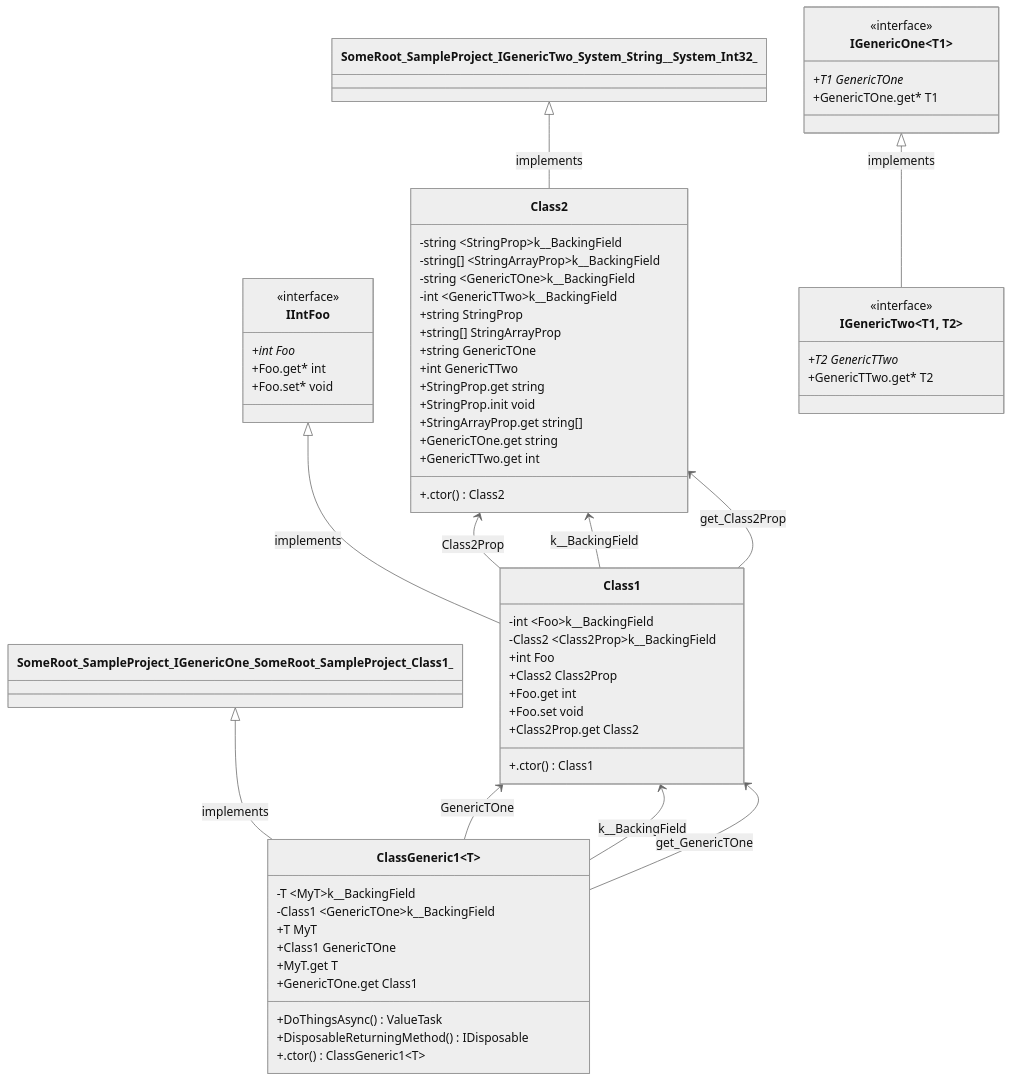
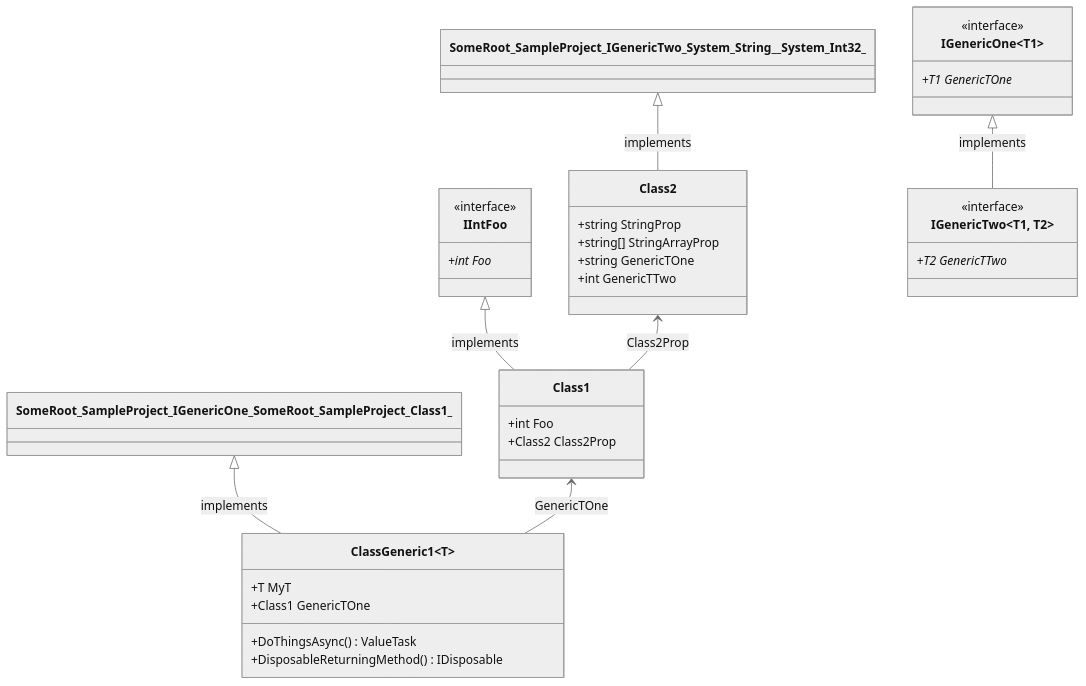
Before and after one commit to erichiller/gh-action-cs-metrics: the seventh of 7 diagrams in test/SampleProject/CODE_METRICS.md, drawn with Mermaid (neutral theme). The commit also changed other lines of this file and 1 other file, not shown here.

Commit message:
Use GetMembers(), filter where applicable

````diff
--- a/test/SampleProject/CODE_METRICS.md
+++ b/test/SampleProject/CODE_METRICS.md
@@ -364,76 +323,47 @@
 ```mermaid
 %%{init: {
     'fontFamily': 'monospace'
 } }%%
 classDiagram
 SomeRoot_SampleProject_IIntFoo <|-- SomeRoot_SampleProject_Class1 : implements
 SomeRoot_SampleProject_Class2 <-- SomeRoot_SampleProject_Class1 : Class2Prop
-SomeRoot_SampleProject_Class2 <-- SomeRoot_SampleProject_Class1 : <Class2Prop>k__BackingField
-SomeRoot_SampleProject_Class2 <-- SomeRoot_SampleProject_Class1 : get_Class2Prop
 class SomeRoot_SampleProject_Class1 ["Class1"] {
-    -int &lt;Foo&gt;k__BackingField
-    -Class2 &lt;Class2Prop&gt;k__BackingField
     +int Foo
     +Class2 Class2Prop
-    +Foo.get int
-    +Foo.set void
-    +Class2Prop.get Class2
-    +.ctor() Class1
 }
 
 SomeRoot_SampleProject_IGenericTwo_System_String__System_Int32_ <|-- SomeRoot_SampleProject_Class2 : implements
 class SomeRoot_SampleProject_Class2 ["Class2"] {
-    -string &lt;StringProp&gt;k__BackingField
-    -string[] &lt;StringArrayProp&gt;k__BackingField
-    -string &lt;GenericTOne&gt;k__BackingField
-    -int &lt;GenericTTwo&gt;k__BackingField
     +string StringProp
     +string[] StringArrayProp
     +string GenericTOne
     +int GenericTTwo
-    +StringProp.get string
-    +StringProp.init void
-    +StringArrayProp.get string[]
-    +GenericTOne.get string
-    +GenericTTwo.get int
-    +.ctor() Class2
 }
 
 SomeRoot_SampleProject_IGenericOne_SomeRoot_SampleProject_Class1_ <|-- SomeRoot_SampleProject_ClassGeneric1_T_ : implements
 SomeRoot_SampleProject_Class1 <-- SomeRoot_SampleProject_ClassGeneric1_T_ : GenericTOne
-SomeRoot_SampleProject_Class1 <-- SomeRoot_SampleProject_ClassGeneric1_T_ : <GenericTOne>k__BackingField
-SomeRoot_SampleProject_Class1 <-- SomeRoot_SampleProject_ClassGeneric1_T_ : get_GenericTOne
 class SomeRoot_SampleProject_ClassGeneric1_T_ ["ClassGeneric1&lt;T&gt;"] {
-    -T &lt;MyT&gt;k__BackingField
-    -Class1 &lt;GenericTOne&gt;k__BackingField
     +T MyT
     +Class1 GenericTOne
     +DoThingsAsync() ValueTask
     +DisposableReturningMethod() IDisposable
-    +MyT.get T
-    +GenericTOne.get Class1
-    +.ctor() ClassGeneric1&lt;T&gt;
 }
 
 class SomeRoot_SampleProject_IGenericOne_T1_ ["IGenericOne&lt;T1&gt;"] {
     <<interface>>
     +T1 GenericTOne*
-    +GenericTOne.get* T1
 }
 
 SomeRoot_SampleProject_IGenericOne_T1_ <|-- SomeRoot_SampleProject_IGenericTwo_T1__T2_ : implements
 class SomeRoot_SampleProject_IGenericTwo_T1__T2_ ["IGenericTwo&lt;T1, T2&gt;"] {
     <<interface>>
     +T2 GenericTTwo*
-    +GenericTTwo.get* T2
 }
 
 class SomeRoot_SampleProject_IIntFoo ["IIntFoo"] {
     <<interface>>
     +int Foo*
-    +Foo.get* int
-    +Foo.set* void
 }
 
 
 ```
````
